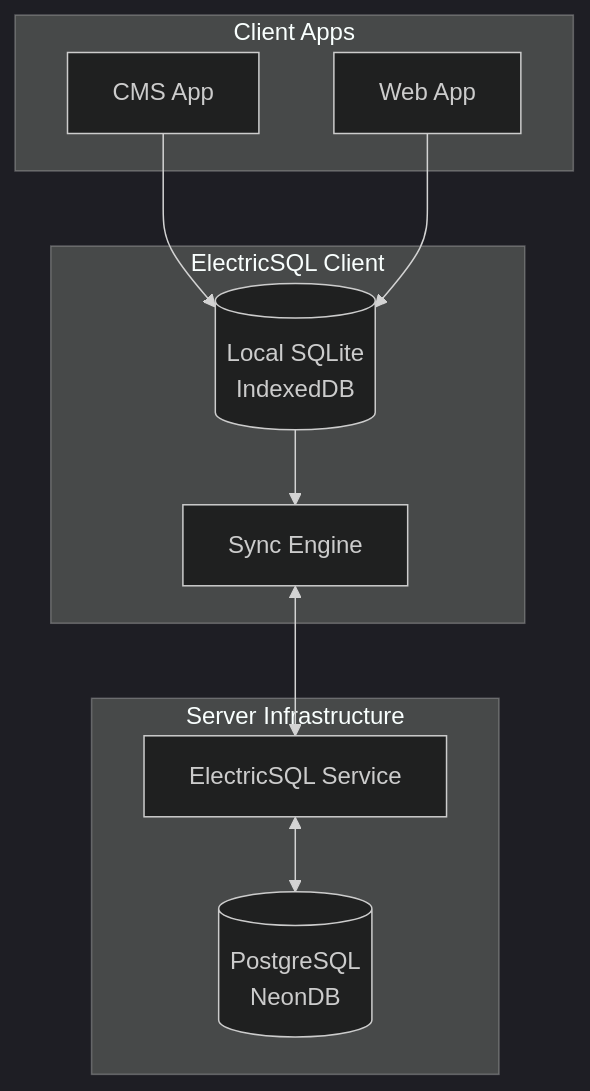
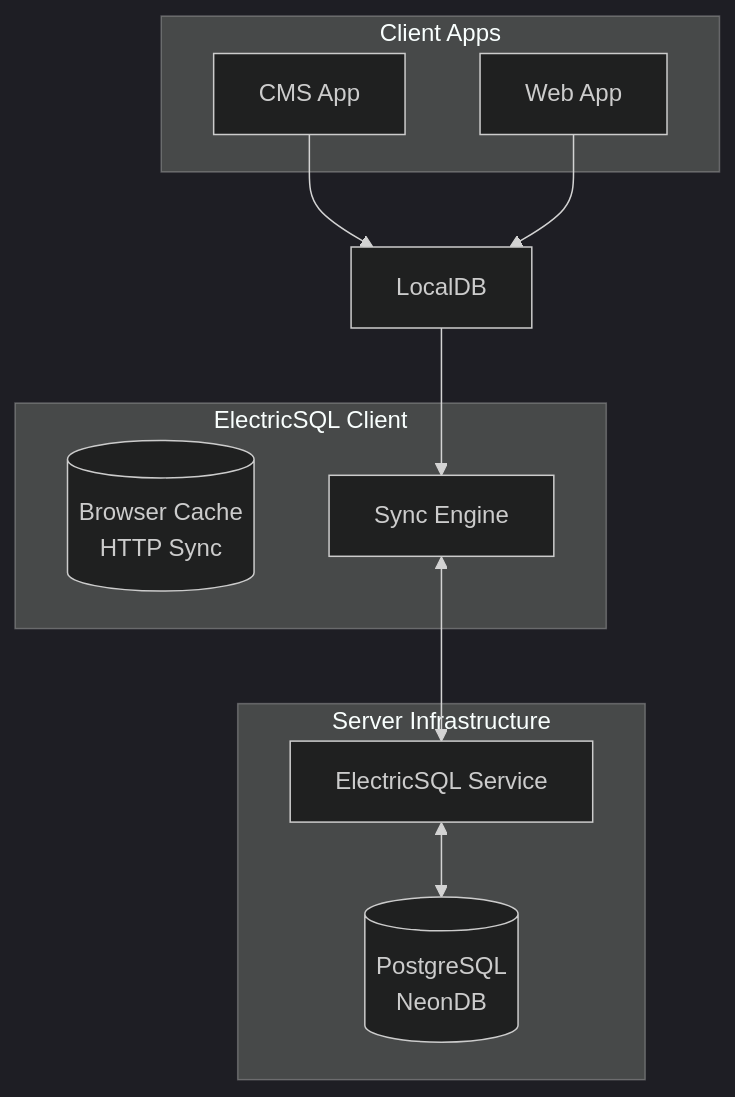
Before and after one commit to RevealUIStudio/revealui: the diagram in docs/onboarding/INTEGRATIONS.md, drawn with Mermaid (dark theme). The commit also changed 6 other files, not shown here.

````diff
--- a/docs/onboarding/INTEGRATIONS.md
+++ b/docs/onboarding/INTEGRATIONS.md
@@ -734,23 +734,23 @@
 ```mermaid
 graph TB
     subgraph Client[Client Apps]
         CMS[CMS App]
         WEB[Web App]
     end
     
     subgraph ElectricSQL[ElectricSQL Client]
-        LocalDB[(Local SQLite<br/>IndexedDB)]
+        LocalCache[(Browser Cache<br/>HTTP Sync)]
         SyncEngine[Sync Engine]
     end
     
     subgraph Server[Server Infrastructure]
         ElectricService[ElectricSQL Service]
         PostgresDB[(PostgreSQL<br/>NeonDB)]
     end
     
     CMS --> LocalDB
     WEB --> LocalDB
     LocalDB --> SyncEngine
     SyncEngine <--> ElectricService
     ElectricService <--> PostgresDB
 ```
````
